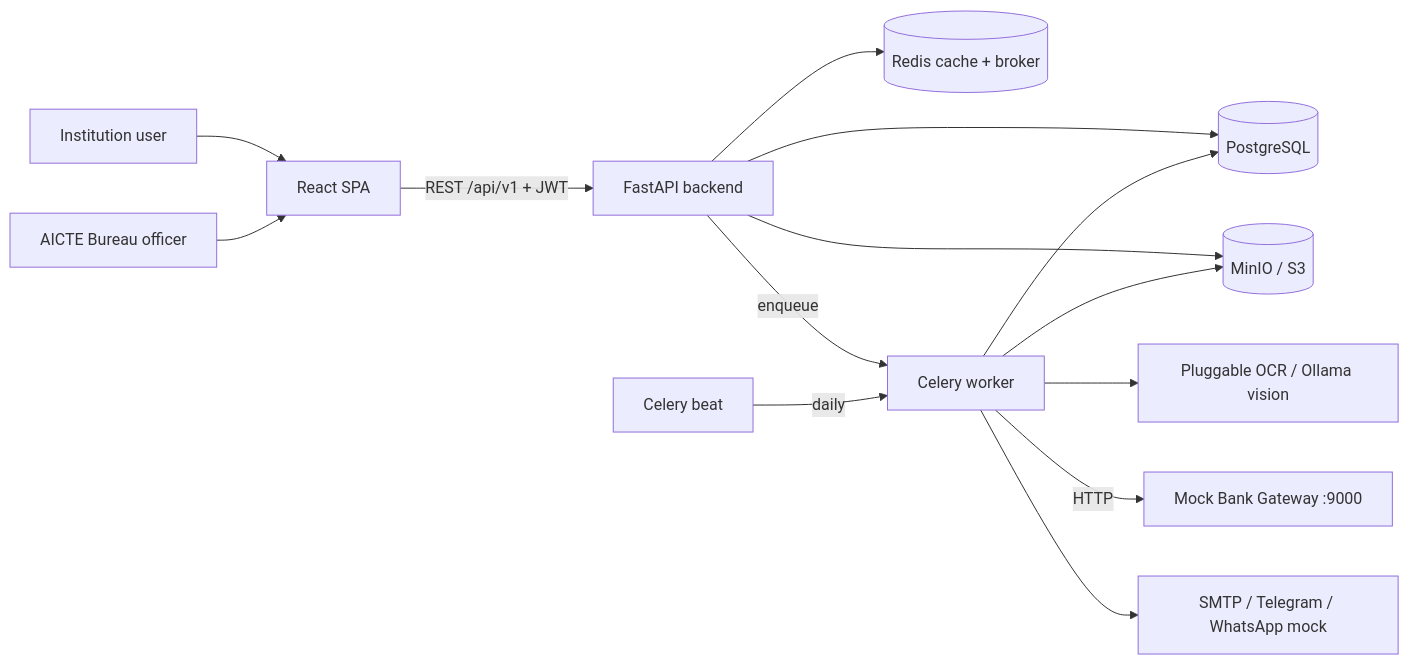
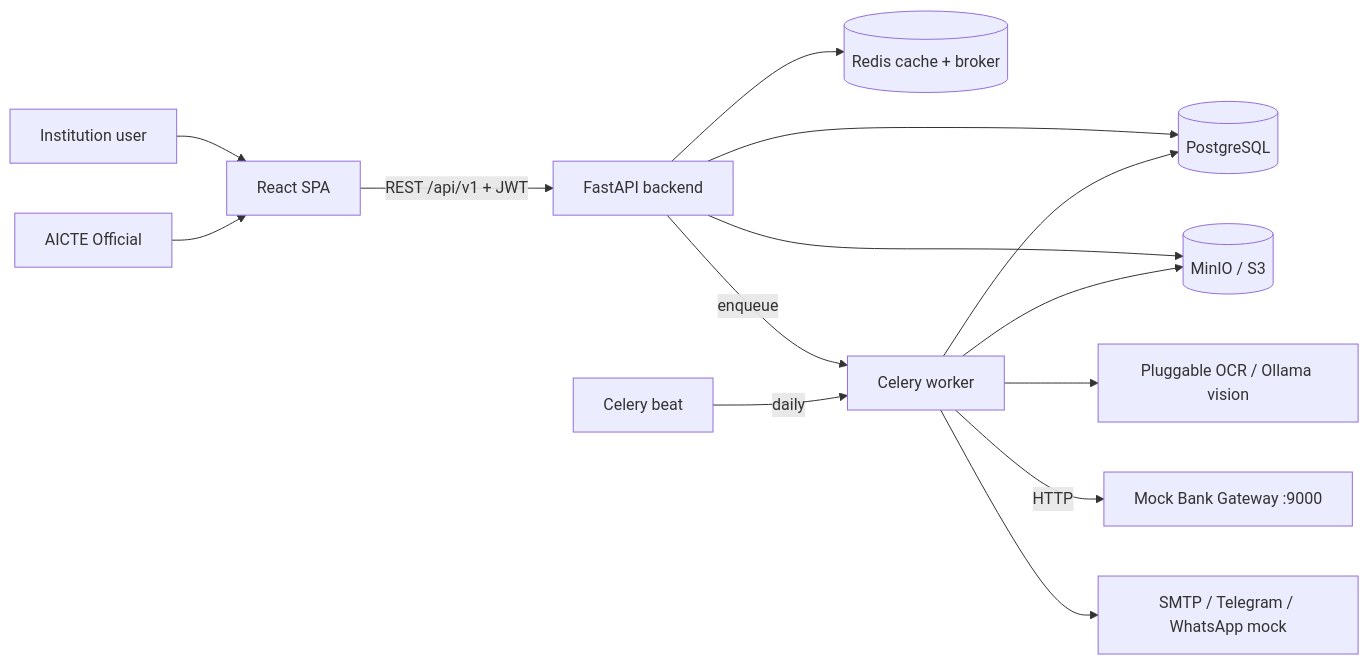
One commit to subhankar235/SIH26265 changed the first of 2 diagrams in fdr-shield/01_HLD_LLD.md. Above: the diagram before and after it, drawn with Mermaid. The commit also changed other lines of this file and 110 other files, not shown here.

````diff
--- a/fdr-shield/01_HLD_LLD.md
+++ b/fdr-shield/01_HLD_LLD.md
@@ -34,16 +34,16 @@
 ```mermaid
 flowchart LR
   I[Institution user] --> FE
-  B[AICTE Bureau officer] --> FE
+  B[AICTE Official] --> FE
   FE[React SPA] -->|REST /api/v1 + JWT| API[FastAPI backend]
   API --> PG[(PostgreSQL)]
   API --> RD[(Redis cache + broker)]
   API --> S3[(MinIO / S3)]
   API -->|enqueue| W[Celery worker]
   BEAT[Celery beat] -->|daily| W
   W --> OCR[Pluggable OCR / Ollama vision]
   W -->|HTTP| MB[Mock Bank Gateway :9000]
   W --> PG
   W --> S3
   W --> MAIL[SMTP / Telegram / WhatsApp mock]
 ```
````
